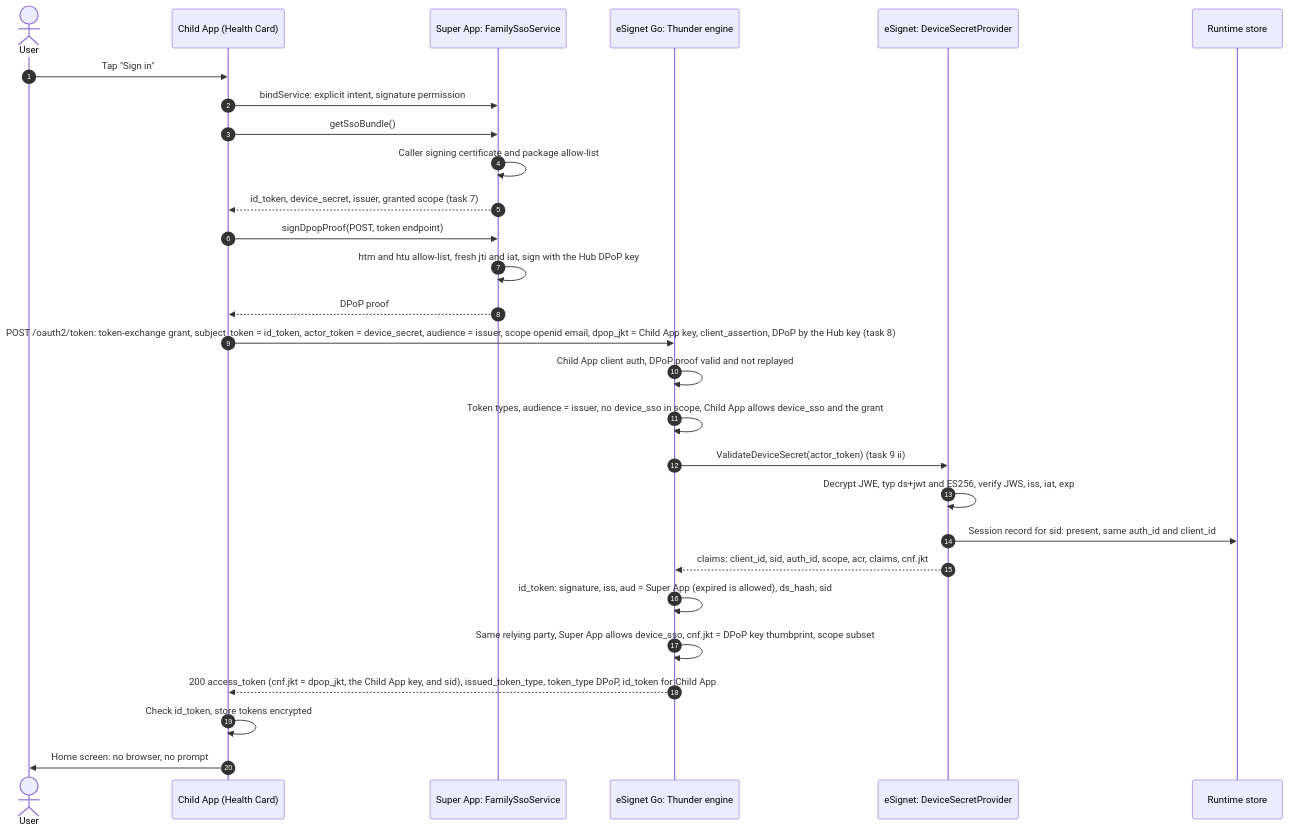
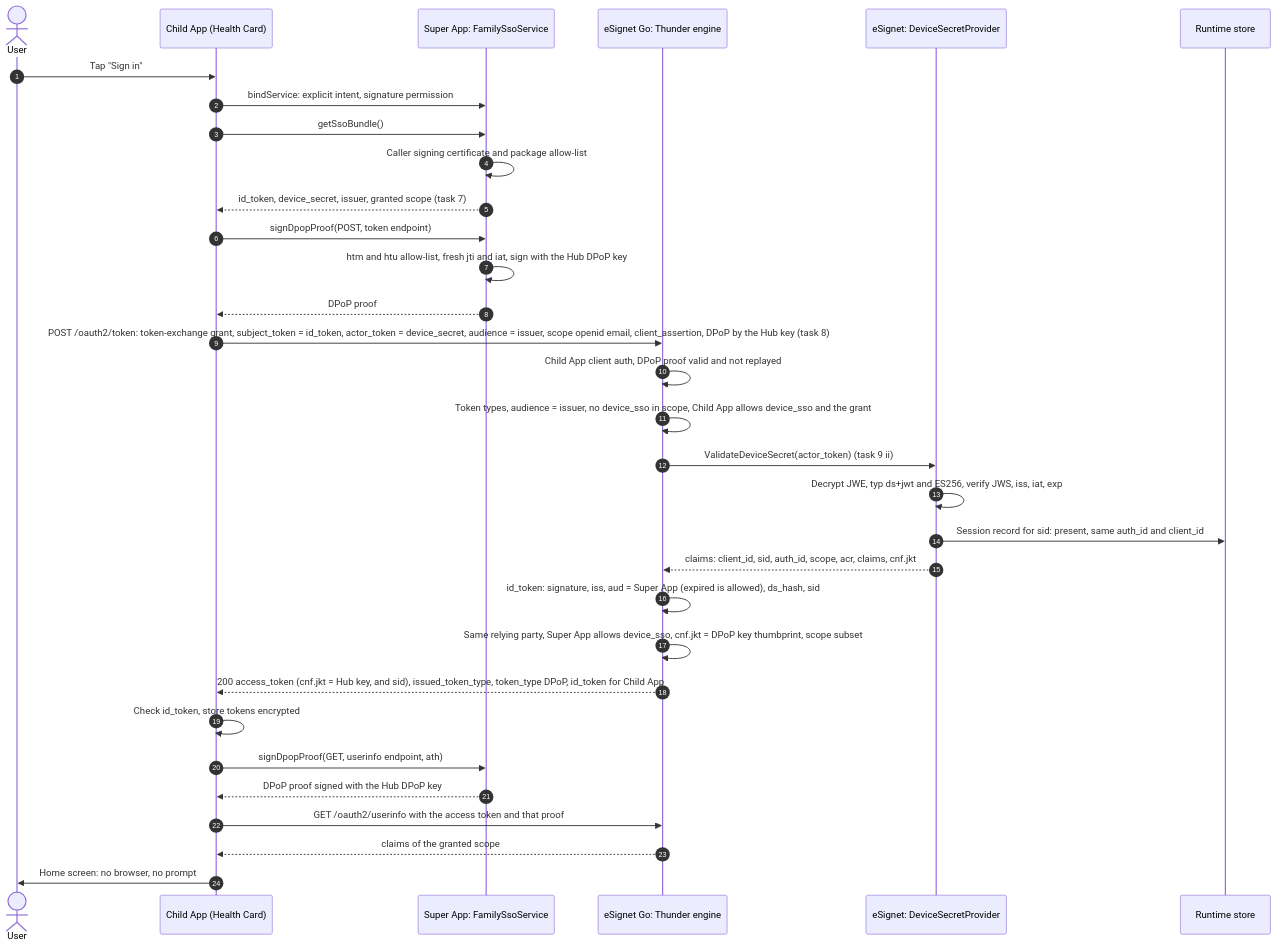
The diagram in docs/diagrams/seq-child-app-sso.mmd (Paradox-73/Enable_Native_SSO_in_eSignet_Go_for_Mobile_Apps), drawn with Mermaid before and after one commit. The commit also changed 21 other files, not shown here.

```diff
--- a/docs/diagrams/seq-child-app-sso.mmd
+++ b/docs/diagrams/seq-child-app-sso.mmd
@@ -1,29 +1,33 @@
 sequenceDiagram
   autonumber
   actor U as User
   participant C as Child App (Health Card)
   participant H as Super App: FamilySsoService
   participant T as eSignet Go: Thunder engine
   participant P as eSignet: DeviceSecretProvider
   participant S as Runtime store
 
   U->>C: Tap "Sign in"
   C->>H: bindService: explicit intent, signature permission
   C->>H: getSsoBundle()
   H->>H: Caller signing certificate and package allow-list
   H-->>C: id_token, device_secret, issuer, granted scope (task 7)
   C->>H: signDpopProof(POST, token endpoint)
   H->>H: htm and htu allow-list, fresh jti and iat, sign with the Hub DPoP key
   H-->>C: DPoP proof
-  C->>T: POST /oauth2/token: token-exchange grant, subject_token = id_token, actor_token = device_secret, audience = issuer, scope openid email, dpop_jkt = Child App key, client_assertion, DPoP by the Hub key (task 8)
+  C->>T: POST /oauth2/token: token-exchange grant, subject_token = id_token, actor_token = device_secret, audience = issuer, scope openid email, client_assertion, DPoP by the Hub key (task 8)
   T->>T: Child App client auth, DPoP proof valid and not replayed
   T->>T: Token types, audience = issuer, no device_sso in scope, Child App allows device_sso and the grant
   T->>P: ValidateDeviceSecret(actor_token) (task 9 ii)
   P->>P: Decrypt JWE, typ ds+jwt and ES256, verify JWS, iss, iat, exp
   P->>S: Session record for sid: present, same auth_id and client_id
   P-->>T: claims: client_id, sid, auth_id, scope, acr, claims, cnf.jkt
   T->>T: id_token: signature, iss, aud = Super App (expired is allowed), ds_hash, sid
   T->>T: Same relying party, Super App allows device_sso, cnf.jkt = DPoP key thumbprint, scope subset
-  T-->>C: 200 access_token (cnf.jkt = dpop_jkt, the Child App key, and sid), issued_token_type, token_type DPoP, id_token for Child App
+  T-->>C: 200 access_token (cnf.jkt = Hub key, and sid), issued_token_type, token_type DPoP, id_token for Child App
   C->>C: Check id_token, store tokens encrypted
+  C->>H: signDpopProof(GET, userinfo endpoint, ath)
+  H-->>C: DPoP proof signed with the Hub DPoP key
+  C->>T: GET /oauth2/userinfo with the access token and that proof
+  T-->>C: claims of the granted scope
   C->>U: Home screen: no browser, no prompt
```
